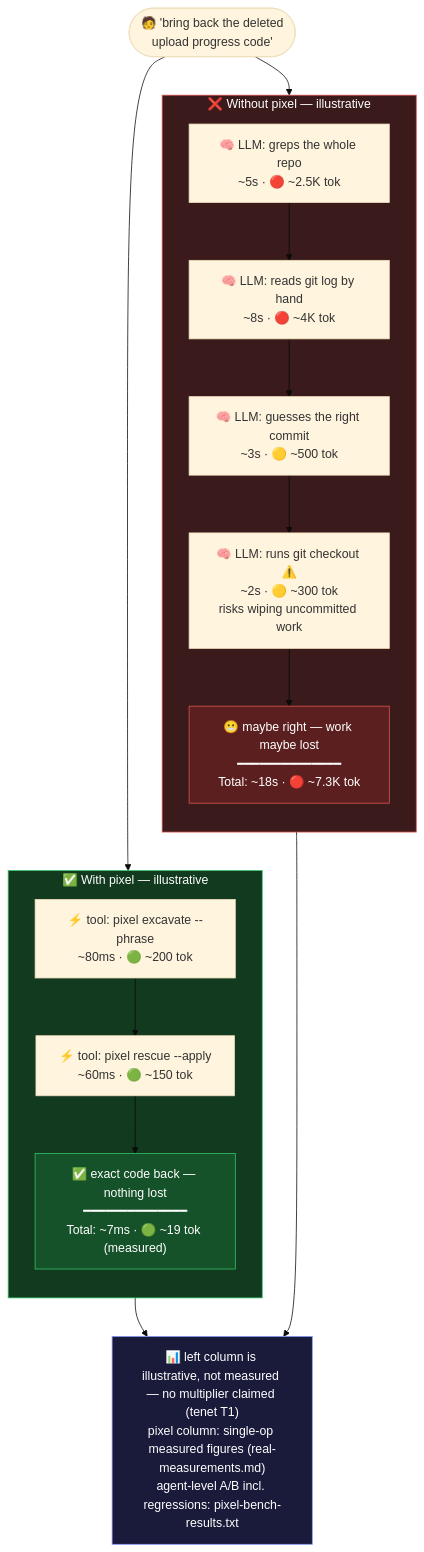
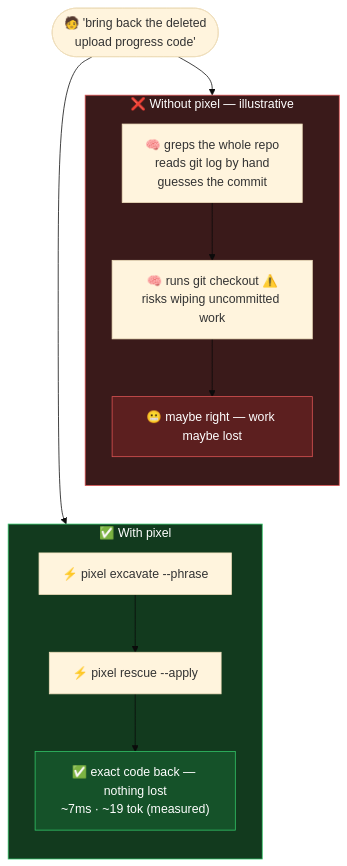
One commit to Pixel-CLI/pixel changed the diagram in docs/examples/01-recover-deleted-code.mmd. Above: the diagram before and after it, drawn with Mermaid (base theme). The commit also changed 21 other files, not shown here.

Commit message:
docs: condense README, add origin story, refresh diagrams

```diff
--- a/docs/examples/01-recover-deleted-code.mmd
+++ b/docs/examples/01-recover-deleted-code.mmd
@@ -1,32 +1,25 @@
 flowchart TD
     Ask(["🧑 'bring back the deleted<br/>upload progress code'"])
     Ask --> w1
     Ask --> p1
     w1 ~~~ p1
 
     subgraph W ["❌ Without pixel — illustrative"]
         direction TB
-        w1["🧠 LLM: greps the whole repo<br/>~5s · 🔴 ~2.5K tok"] --> w2
-        w2["🧠 LLM: reads git log by hand<br/>~8s · 🔴 ~4K tok"] --> w3
-        w3["🧠 LLM: guesses the right commit<br/>~3s · 🟡 ~500 tok"] --> w4
-        w4["🧠 LLM: runs git checkout ⚠️<br/>~2s · 🟡 ~300 tok<br/>risks wiping uncommitted work"]
-        w4 --> w5["😬 maybe right — work maybe lost<br/>━━━━━━━━━━━━━━<br/>Total: ~18s · 🔴 ~7.3K tok"]
+        w1["🧠 greps the whole repo<br/>reads git log by hand<br/>guesses the commit"] --> w4
+        w4["🧠 runs git checkout ⚠️<br/>risks wiping uncommitted work"]
+        w4 --> w5["😬 maybe right — work maybe lost"]
     end
 
-    subgraph P ["✅ With pixel — illustrative"]
+    subgraph P ["✅ With pixel"]
         direction TB
-        p1["⚡ tool: pixel excavate --phrase<br/>~80ms · 🟢 ~200 tok"] --> p2
-        p2["⚡ tool: pixel rescue --apply<br/>~60ms · 🟢 ~150 tok"]
-        p2 --> p3["✅ exact code back — nothing lost<br/>━━━━━━━━━━━━━━<br/>Total: ~7ms · 🟢 ~19 tok (measured)"]
+        p1["⚡ pixel excavate --phrase"] --> p2
+        p2["⚡ pixel rescue --apply"]
+        p2 --> p3["✅ exact code back — nothing lost<br/>~7ms · ~19 tok (measured)"]
     end
-
-    w5 --> Recap
-    p3 --> Recap
-    Recap["📊 left column is illustrative, not measured — no multiplier claimed (tenet T1)<br/>pixel column: single-op measured figures (real-measurements.md)<br/>agent-level A/B incl. regressions: pixel-bench-results.txt"]
 
     style W fill:#3a1a1a,stroke:#e05555,color:#fff
     style P fill:#123a1e,stroke:#33c76a,color:#fff
     style w5 fill:#5c1f1f,stroke:#e05555,color:#fff
     style p3 fill:#155229,stroke:#33c76a,color:#fff
-    style Recap fill:#1a1a3a,stroke:#8899ff,color:#fff
     linkStyle 2 stroke-width:0px
```
